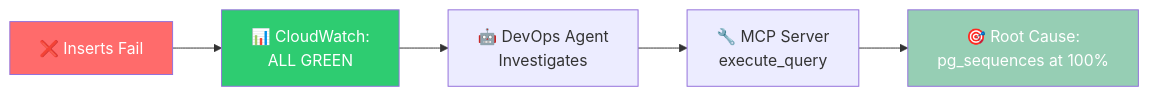
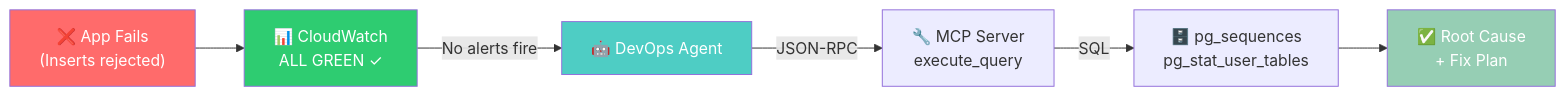
The second of 2 diagrams in README.md (hamiehg/aws-devops-agent-databases), drawn with Mermaid before and after one commit. The commit also changed other lines of this file, not shown here.

Commit message:
Expand DevOps Agent registration steps in README

````diff
--- a/README.md
+++ b/README.md
@@ -75,11 +96,20 @@
 ```mermaid
 flowchart LR
-    A["❌ Inserts Fail"] --> B["📊 CloudWatch:<br/>ALL GREEN"]
-    B --> C["🤖 DevOps Agent<br/>Investigates"]
-    C --> D["🔧 MCP Server<br/>execute_query"]
-    D --> E["🎯 Root Cause:<br/>pg_sequences at 100%"]
+    A["❌ App Fails<br/>(Inserts rejected)"]
+    B["📊 CloudWatch<br/>ALL GREEN ✓"]
+    C["🤖 DevOps Agent"]
+    D["🔧 MCP Server<br/>execute_query"]
+    E["🗄️ pg_sequences<br/>pg_stat_user_tables"]
+    F["✅ Root Cause<br/>+ Fix Plan"]
+
+    A --> B
+    B -->|"No alerts fire"| C
+    C -->|"JSON-RPC"| D
+    D -->|"SQL"| E
+    E --> F
 
     style A fill:#ff6b6b,color:#fff
     style B fill:#2ecc71,color:#fff
-    style E fill:#96ceb4,color:#fff
+    style C fill:#4ecdc4,color:#fff
+    style F fill:#96ceb4,color:#fff
 ```
````
